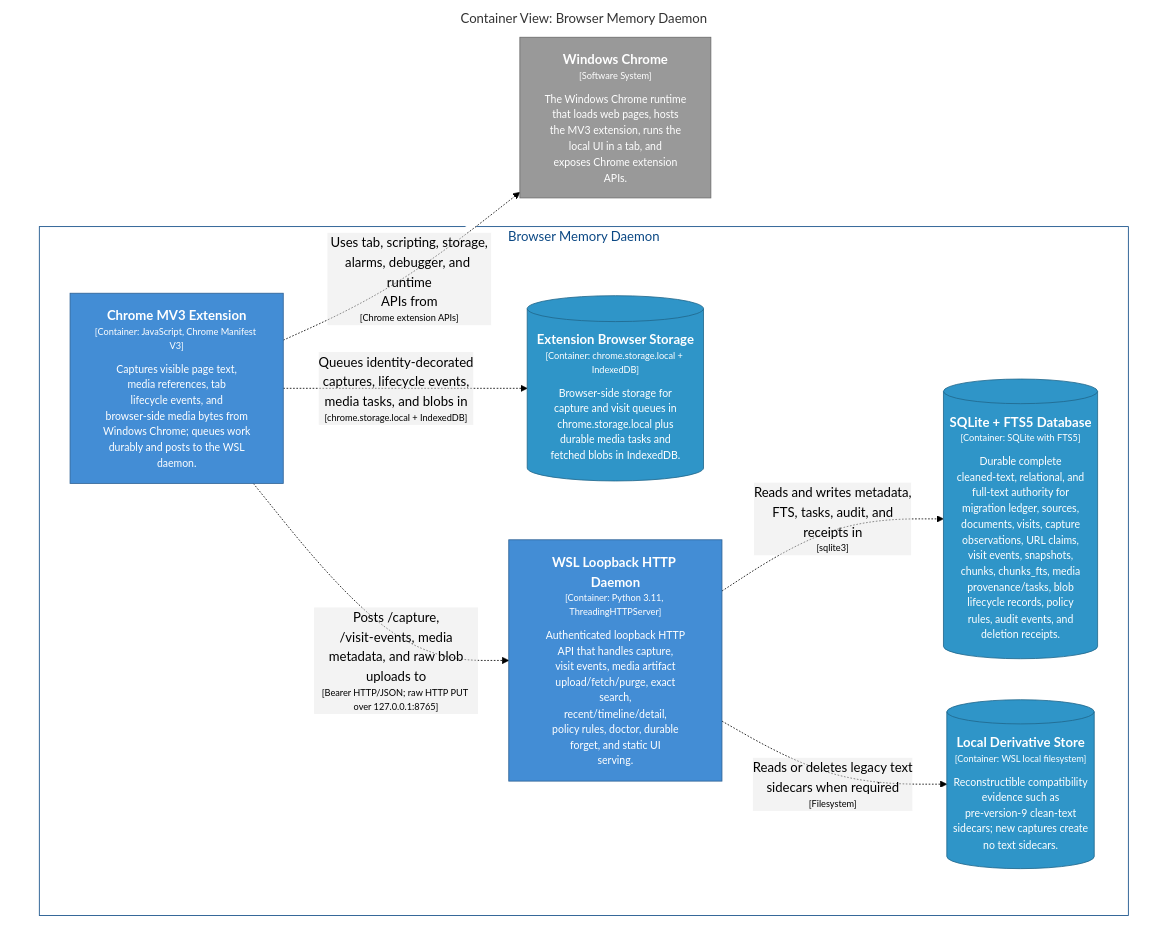
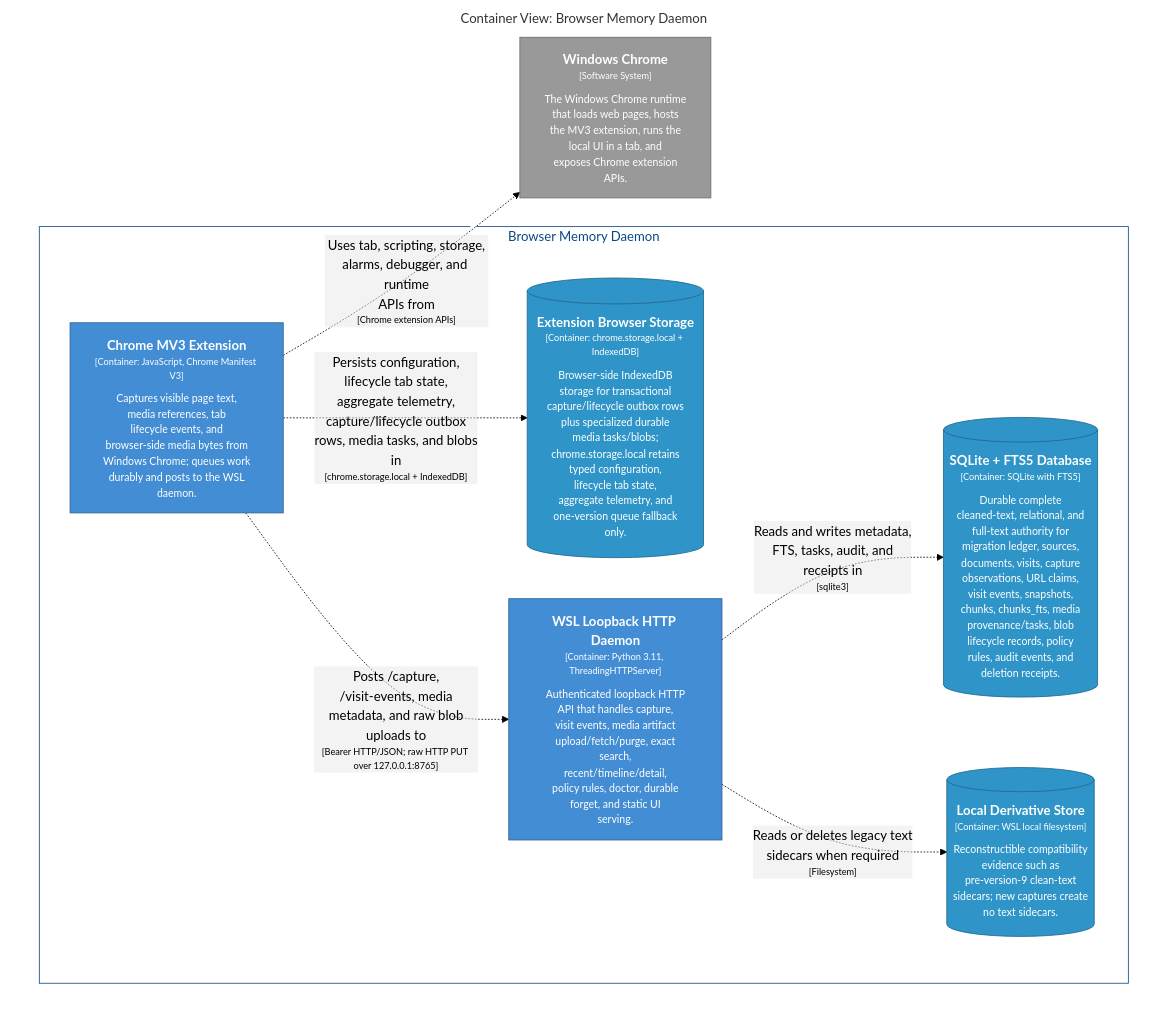
Before and after one commit to michaelnicks0/browser-memory-daemon: the diagram in docs/architecture/diagrams/structurizr-CaptureContainers.mmd, drawn with Mermaid (forest theme). The commit also changed 194 other files, not shown here.

Commit message:
feat(extension): add transactional capture and lifecycle outbox

```diff
--- a/docs/architecture/diagrams/structurizr-CaptureContainers.mmd
+++ b/docs/architecture/diagrams/structurizr-CaptureContainers.mmd
@@ -1,31 +1,31 @@
 graph TB
   linkStyle default fill:#ffffff
 
   subgraph diagram ["Container View: Browser Memory Daemon"]
     style diagram fill:#ffffff,stroke:#ffffff
 
     2["<div style='font-weight: bold'>Windows Chrome</div><div style='font-size: 70%; margin-top: 0px'>[Software System]</div><div style='font-size: 80%; margin-top:10px'>The Windows Chrome runtime<br />that loads web pages, hosts<br />the MV3 extension, runs the<br />local UI in a tab, and<br />exposes Chrome extension<br />APIs.</div>"]
     style 2 fill:#999999,stroke:#6b6b6b,color:#ffffff
 
     subgraph 4 ["Browser Memory Daemon"]
       style 4 fill:#ffffff,stroke:#0b4884,color:#0b4884
 
-      13[("<div style='font-weight: bold'>Extension Browser Storage</div><div style='font-size: 70%; margin-top: 0px'>[Container: chrome.storage.local + IndexedDB]</div><div style='font-size: 80%; margin-top:10px'>Browser-side storage for<br />capture and visit queues in<br />chrome.storage.local plus<br />durable media tasks and<br />fetched blobs in IndexedDB.</div>")]
-      style 13 fill:#2f95c8,stroke:#20688c,color:#ffffff
-      14["<div style='font-weight: bold'>WSL Loopback HTTP Daemon</div><div style='font-size: 70%; margin-top: 0px'>[Container: Python 3.11, ThreadingHTTPServer]</div><div style='font-size: 80%; margin-top:10px'>Authenticated loopback HTTP<br />API that handles capture,<br />visit events, media artifact<br />upload/fetch/purge, exact<br />search,<br />recent/timeline/detail,<br />policy rules, doctor, durable<br />forget, and static UI<br />serving.</div>"]
-      style 14 fill:#438dd5,stroke:#2e6295,color:#ffffff
-      39[("<div style='font-weight: bold'>SQLite + FTS5 Database</div><div style='font-size: 70%; margin-top: 0px'>[Container: SQLite with FTS5]</div><div style='font-size: 80%; margin-top:10px'>Durable complete<br />cleaned-text, relational, and<br />full-text authority for<br />migration ledger, sources,<br />documents, visits, capture<br />observations, URL claims,<br />visit events, snapshots,<br />chunks, chunks_fts, media<br />provenance/tasks, blob<br />lifecycle records, policy<br />rules, audit events, and<br />deletion receipts.</div>")]
-      style 39 fill:#2f95c8,stroke:#20688c,color:#ffffff
-      40[("<div style='font-weight: bold'>Local Derivative Store</div><div style='font-size: 70%; margin-top: 0px'>[Container: WSL local filesystem]</div><div style='font-size: 80%; margin-top:10px'>Reconstructible compatibility<br />evidence such as<br />pre-version-9 clean-text<br />sidecars; new captures create<br />no text sidecars.</div>")]
+      14[("<div style='font-weight: bold'>Extension Browser Storage</div><div style='font-size: 70%; margin-top: 0px'>[Container: chrome.storage.local + IndexedDB]</div><div style='font-size: 80%; margin-top:10px'>Browser-side IndexedDB<br />storage for transactional<br />capture/lifecycle outbox rows<br />plus specialized durable<br />media tasks/blobs;<br />chrome.storage.local retains<br />typed configuration,<br />lifecycle tab state,<br />aggregate telemetry, and<br />one-version queue fallback<br />only.</div>")]
+      style 14 fill:#2f95c8,stroke:#20688c,color:#ffffff
+      15["<div style='font-weight: bold'>WSL Loopback HTTP Daemon</div><div style='font-size: 70%; margin-top: 0px'>[Container: Python 3.11, ThreadingHTTPServer]</div><div style='font-size: 80%; margin-top:10px'>Authenticated loopback HTTP<br />API that handles capture,<br />visit events, media artifact<br />upload/fetch/purge, exact<br />search,<br />recent/timeline/detail,<br />policy rules, doctor, durable<br />forget, and static UI<br />serving.</div>"]
+      style 15 fill:#438dd5,stroke:#2e6295,color:#ffffff
+      40[("<div style='font-weight: bold'>SQLite + FTS5 Database</div><div style='font-size: 70%; margin-top: 0px'>[Container: SQLite with FTS5]</div><div style='font-size: 80%; margin-top:10px'>Durable complete<br />cleaned-text, relational, and<br />full-text authority for<br />migration ledger, sources,<br />documents, visits, capture<br />observations, URL claims,<br />visit events, snapshots,<br />chunks, chunks_fts, media<br />provenance/tasks, blob<br />lifecycle records, policy<br />rules, audit events, and<br />deletion receipts.</div>")]
       style 40 fill:#2f95c8,stroke:#20688c,color:#ffffff
+      41[("<div style='font-weight: bold'>Local Derivative Store</div><div style='font-size: 70%; margin-top: 0px'>[Container: WSL local filesystem]</div><div style='font-size: 80%; margin-top:10px'>Reconstructible compatibility<br />evidence such as<br />pre-version-9 clean-text<br />sidecars; new captures create<br />no text sidecars.</div>")]
+      style 41 fill:#2f95c8,stroke:#20688c,color:#ffffff
       5["<div style='font-weight: bold'>Chrome MV3 Extension</div><div style='font-size: 70%; margin-top: 0px'>[Container: JavaScript, Chrome Manifest V3]</div><div style='font-size: 80%; margin-top:10px'>Captures visible page text,<br />media references, tab<br />lifecycle events, and<br />browser-side media bytes from<br />Windows Chrome; queues work<br />durably and posts to the WSL<br />daemon.</div>"]
       style 5 fill:#438dd5,stroke:#2e6295,color:#ffffff
     end
 
     5-. "<div>Uses tab, scripting, storage,<br />alarms, debugger, and runtime<br />APIs from</div><div style='font-size: 70%'>[Chrome extension APIs]</div>" .->2
-    5-. "<div>Queues identity-decorated<br />captures, lifecycle events,<br />media tasks, and blobs in</div><div style='font-size: 70%'>[chrome.storage.local + IndexedDB]</div>" .->13
-    5-. "<div>Posts /capture,<br />/visit-events, media<br />metadata, and raw blob<br />uploads to</div><div style='font-size: 70%'>[Bearer HTTP/JSON; raw HTTP PUT over 127.0.0.1:8765]</div>" .->14
-    14-. "<div>Reads and writes metadata,<br />FTS, tasks, audit, and<br />receipts in</div><div style='font-size: 70%'>[sqlite3]</div>" .->39
-    14-. "<div>Reads or deletes legacy text<br />sidecars when required</div><div style='font-size: 70%'>[Filesystem]</div>" .->40
+    5-. "<div>Persists configuration,<br />lifecycle tab state,<br />aggregate telemetry,<br />capture/lifecycle outbox<br />rows, media tasks, and blobs<br />in</div><div style='font-size: 70%'>[chrome.storage.local + IndexedDB]</div>" .->14
+    5-. "<div>Posts /capture,<br />/visit-events, media<br />metadata, and raw blob<br />uploads to</div><div style='font-size: 70%'>[Bearer HTTP/JSON; raw HTTP PUT over 127.0.0.1:8765]</div>" .->15
+    15-. "<div>Reads and writes metadata,<br />FTS, tasks, audit, and<br />receipts in</div><div style='font-size: 70%'>[sqlite3]</div>" .->40
+    15-. "<div>Reads or deletes legacy text<br />sidecars when required</div><div style='font-size: 70%'>[Filesystem]</div>" .->41
 
   end
```
